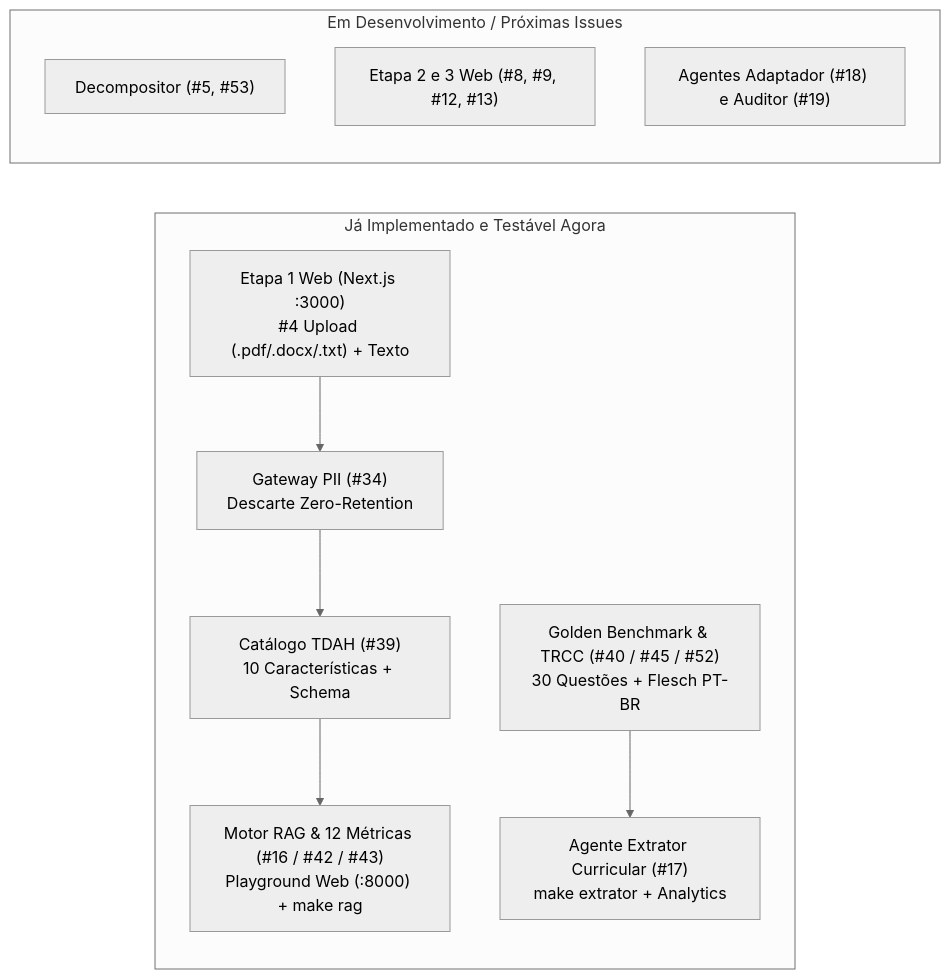
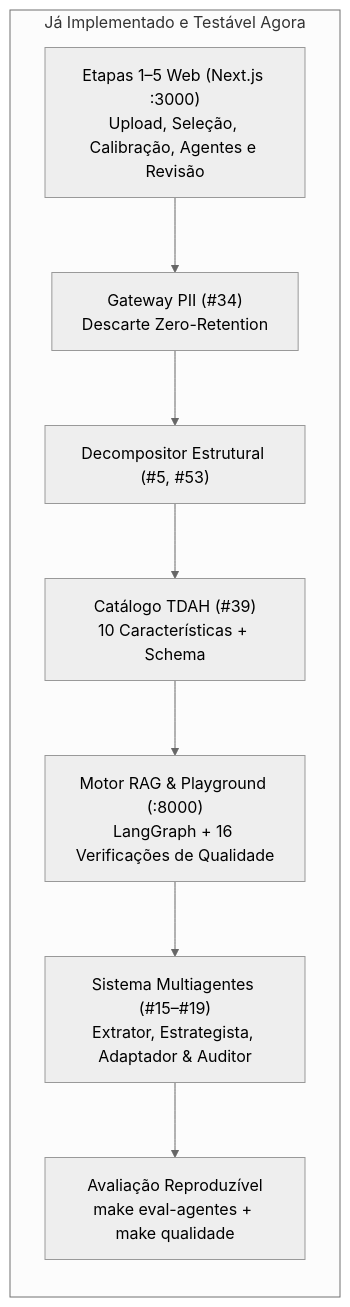
One commit to challenge-2-residencia-ia-grupo-3/Iris changed the diagram in docs/roteiro_testes.md. Above: the diagram before and after it, drawn with Mermaid (neutral theme). The commit also changed other lines of this file and 23 other files, not shown here.

First line of the commit message:
feat(security,eval): auditoria Zero-PII em logs (#37) e observabilidade multiagente

````diff
--- a/docs/roteiro_testes.md
+++ b/docs/roteiro_testes.md
@@ -9,21 +9,14 @@
 ```mermaid
 flowchart LR
     subgraph Pronto["Já Implementado e Testável Agora"]
-        E1["Etapa 1 Web (Next.js :3000)<br/>#4 Upload (.pdf/.docx/.txt) + Texto"]
+        E1["Etapas 1–5 Web (Next.js :3000)<br/>Upload, Seleção, Calibração, Agentes e Revisão"]
         PII["Gateway PII (#34)<br/>Descarte Zero-Retention"]
+        DEC["Decompositor Estrutural (#5, #53)"]
         CAT["Catálogo TDAH (#39)<br/>10 Características + Schema"]
-        RAG["Motor RAG & 12 Métricas (#16 / #42 / #43)<br/>Playground Web (:8000) + make rag"]
-        EVAL["Golden Benchmark & TRCC (#40 / #45 / #52)<br/>30 Questões + Flesch PT-BR"]
-        EXT["Agente Extrator Curricular (#17)<br/>make extrator + Analytics"]
+        RAG["Motor RAG & Playground (:8000)<br/>LangGraph + 16 Verificações de Qualidade"]
+        AGENTS["Sistema Multiagentes (#15–#19)<br/>Extrator, Estrategista, Adaptador & Auditor"]
+        EVAL["Avaliação Reproduzível<br/>make eval-agentes + make qualidade"]
     end
 
-    subgraph Proximas["Em Desenvolvimento / Próximas Issues"]
-        DEC["Decompositor (#5, #53)"]
-        E2["Etapa 2 e 3 Web (#8, #9, #12, #13)"]
-        ADAPT["Agentes Adaptador (#18) e Auditor (#19)"]
-    end
-
-    E1 --> PII --> CAT
-    CAT --> RAG
-    EVAL --> EXT
+    E1 --> PII --> DEC --> CAT --> RAG --> AGENTS --> EVAL
 ```
````
